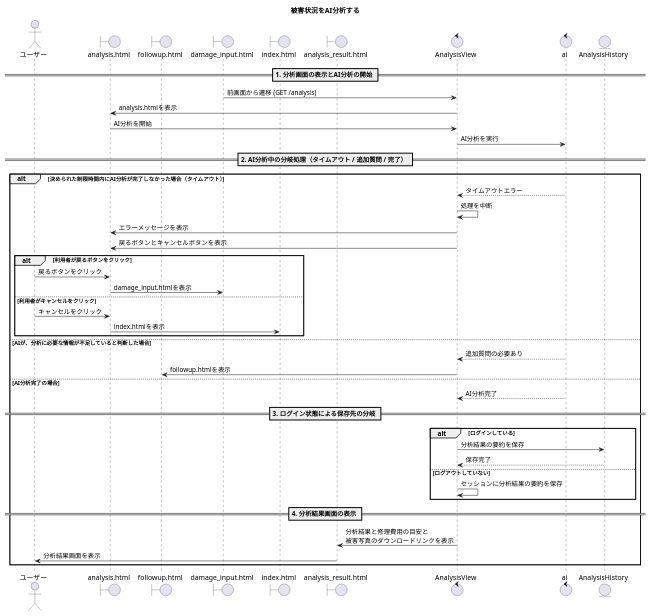
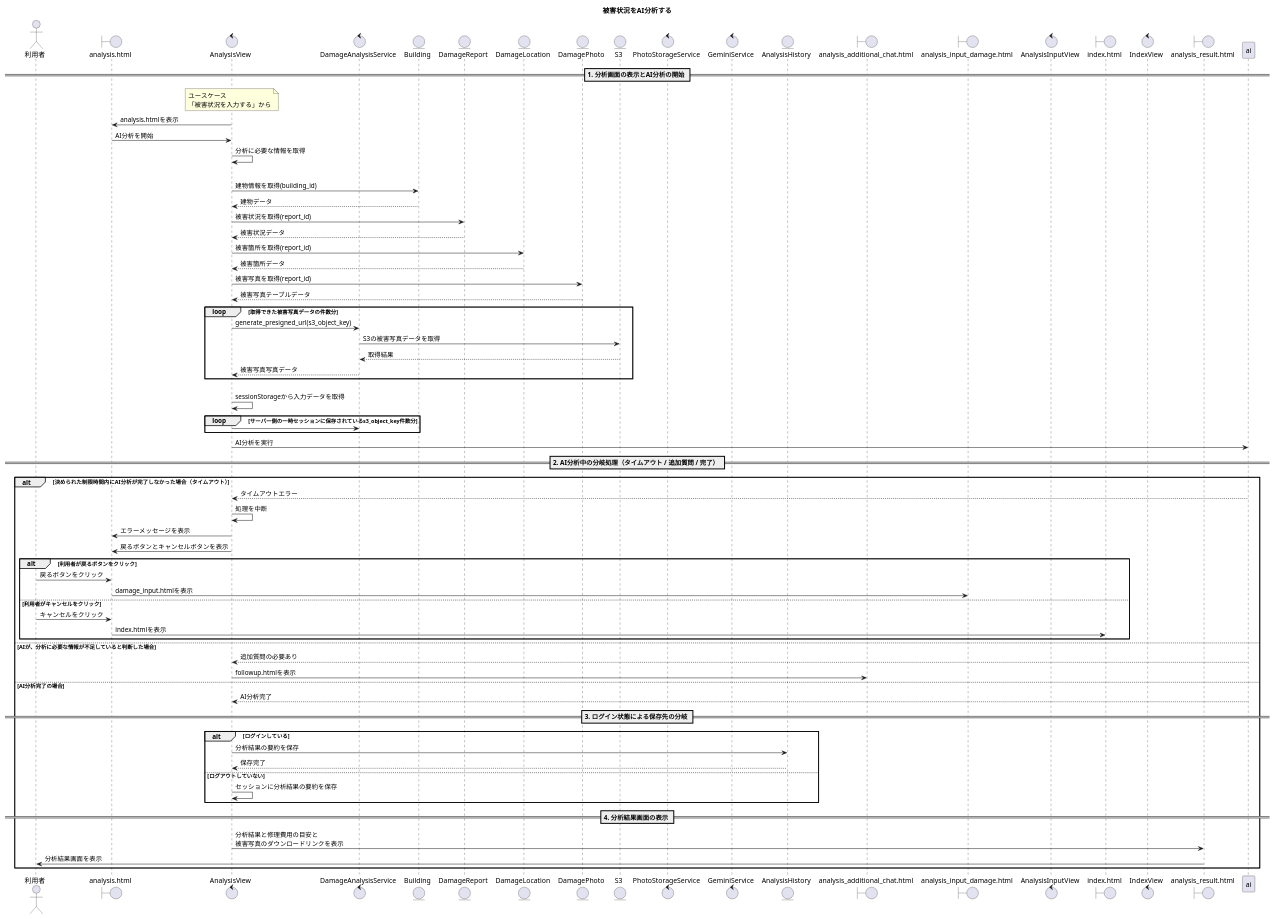
The sixth of 16 diagrams in 20_システム設計書/図24_シーケンス.puml (Kotarou-Tanoue/tanouesoftware), drawn with PlantUML before and after one commit. The commit also changed other lines of this file and 4 other files, not shown here.

```diff
--- a/20_システム設計書/図24_シーケンス.puml
+++ b/20_システム設計書/図24_シーケンス.puml
@@ -254,56 +333,87 @@
 @startuml 被害状況をAI分析する
     title 被害状況をAI分析する
 
-    actor "ユーザー" as a1
+    actor "利用者" as a1
     boundary "analysis.html" as b1
-    boundary "followup.html" as b2
-    boundary "damage_input.html" as b3
+    control "AnalysisView" as c1
+    control "DamageAnalysisService" as s1
+    entity "Building" as e1
+    entity "DamageReport" as e2
+    entity "DamageLocation" as e3
+    entity "DamagePhoto" as e4
+    entity "S3" as S3
+    control "PhotoStorageService" as s2
+    control "GeminiService" as s3
+    entity "AnalysisHistory" as e5
+    boundary "analysis_additional_chat.html" as b2
+    boundary "analysis_input_damage.html" as b3
+    control "AnalysisInputView" as c2
     boundary "index.html" as b4
+    control "IndexView" as c3
     boundary "analysis_result.html" as b5
-    control "AnalysisView" as c1
-    control "ai"
-    entity "AnalysisHistory" as e1
+
 
     == 1. 分析画面の表示とAI分析の開始 ==
-    b3-> c1 : 前画面から遷移 (GET /analysis)
+    note over c1 : ユースケース\n「被害状況を入力する」から
     c1 -> b1 : analysis.htmlを表示
     b1 -> c1 : AI分析を開始
+    c1 -> c1 : 分析に必要な情報を取得
+    alt ログインしている
+        c1 -> e1 : 建物情報を取得(building_id)
+        e1 --> c1 : 建物データ
+        c1 -> e2 : 被害状況を取得(report_id)
+        e2 --> c1 : 被害状況データ
+        c1 -> e3 : 被害箇所を取得(report_id)
+        e3 --> c1 : 被害箇所データ
+        c1 -> e4 : 被害写真を取得(report_id)
+        e4 --> c1 : 被害写真テーブルデータ
+        loop 取得できた被害写真データの件数分
+            c1 -> s1 : generate_presigned_url(s3_object_key)
+            s1 -> S3 : S3の被害写真データを取得
+            S3 --> s1 : 取得結果
+            s1 --> c1 : 被害写真写真データ
+        end
+    else ログインしていない
+        c1 -> c1 : sessionStorageから入力データを取得
+        loop サーバー側の一時セッションに保存されているs3_object_key件数分
+        c1 -> s1 :
+    end
     c1 -> ai : AI分析を実行
 
     == 2. AI分析中の分岐処理（タイムアウト / 追加質問 / 完了） ==
 
     alt 決められた制限時間内にAI分析が完了しなかった場合（タイムアウト）
         ai --> c1 : タイムアウトエラー
         c1 -> c1 : 処理を中断
         c1 -> b1 : エラーメッセージを表示
         c1 -> b1 : 戻るボタンとキャンセルボタンを表示
 
         alt 利用者が戻るボタンをクリック
             a1 -> b1 : 戻るボタンをクリック
             b1 -> b3 : damage_input.htmlを表示
         else 利用者がキャンセルをクリック
             a1 -> b1 : キャンセルをクリック
             b1 -> b4 : index.htmlを表示
         end
 
     else AIが、分析に必要な情報が不足していると判断した場合
         ai --> c1 : 追加質問の必要あり
         c1 -> b2 : followup.htmlを表示
 
     else AI分析完了の場合
         ai --> c1 : AI分析完了
 
         == 3. ログイン状態による保存先の分岐 ==
         alt ログインしている
-            c1 -> e1 : 分析結果の要約を保存
-            e1 --> c1 : 保存完了
+            c1 -> e5 : 分析結果の要約を保存
+            e5 --> c1 : 保存完了
         else ログアウトしていない
             c1 -> c1 : セッションに分析結果の要約を保存
         end
 
         == 4. 分析結果画面の表示 ==
         c1 -> b5 : 分析結果と修理費用の目安と\n被害写真のダウンロードリンクを表示
         b5 -> a1 : 分析結果画面を表示
     end
 
 @enduml
```
